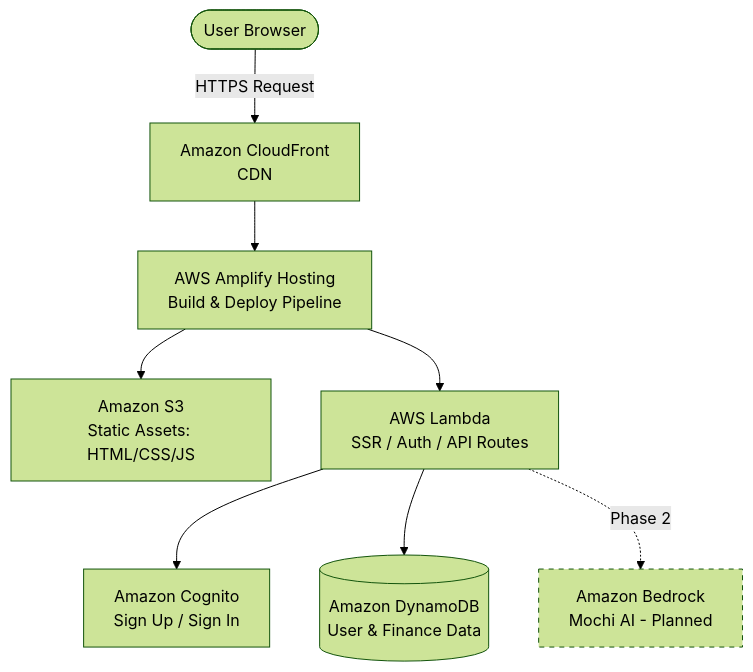
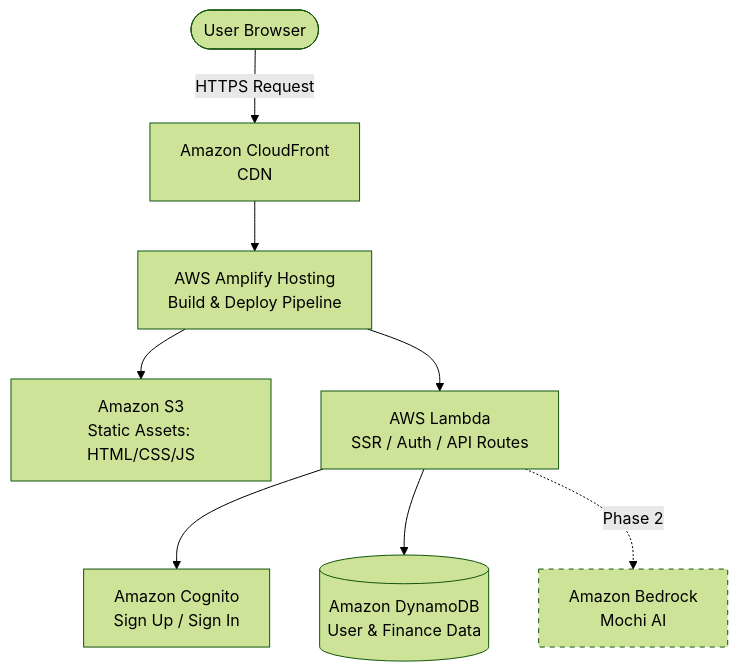
One commit to parnita-Singh/MOCHI changed the diagram in architecture.md. Above: the diagram before and after it, drawn with Mermaid (forest theme).

````diff
--- a/architecture.md
+++ b/architecture.md
@@ -11,21 +11,21 @@
 ```mermaid
 flowchart TD
     User([User Browser])
     CF[Amazon CloudFront<br/>CDN]
     Amplify[AWS Amplify Hosting<br/>Build & Deploy Pipeline]
     S3[Amazon S3<br/>Static Assets: HTML/CSS/JS]
     Lambda[AWS Lambda<br/>SSR / Auth / API Routes]
     Cognito[Amazon Cognito<br/>Sign Up / Sign In]
     DynamoDB[(Amazon DynamoDB<br/>User & Finance Data)]
-    Bedrock[Amazon Bedrock<br/>Mochi AI - Planned]
+    Bedrock[Amazon Bedrock<br/>Mochi AI ]
 
     User -->|HTTPS Request| CF
     CF --> Amplify
     Amplify --> S3
     Amplify --> Lambda
     Lambda --> Cognito
     Lambda --> DynamoDB
     Lambda -.->|Phase 2| Bedrock
 
     style Bedrock stroke-dasharray: 5 5
 ```
````
